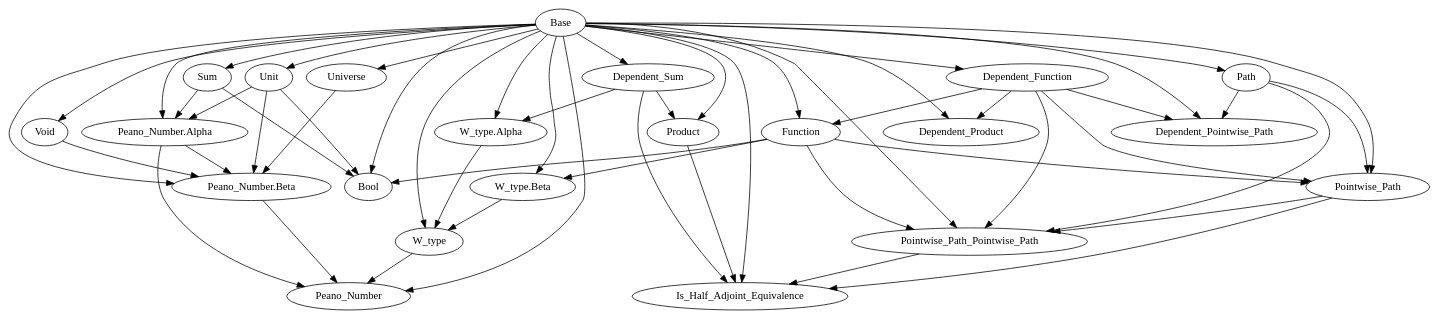
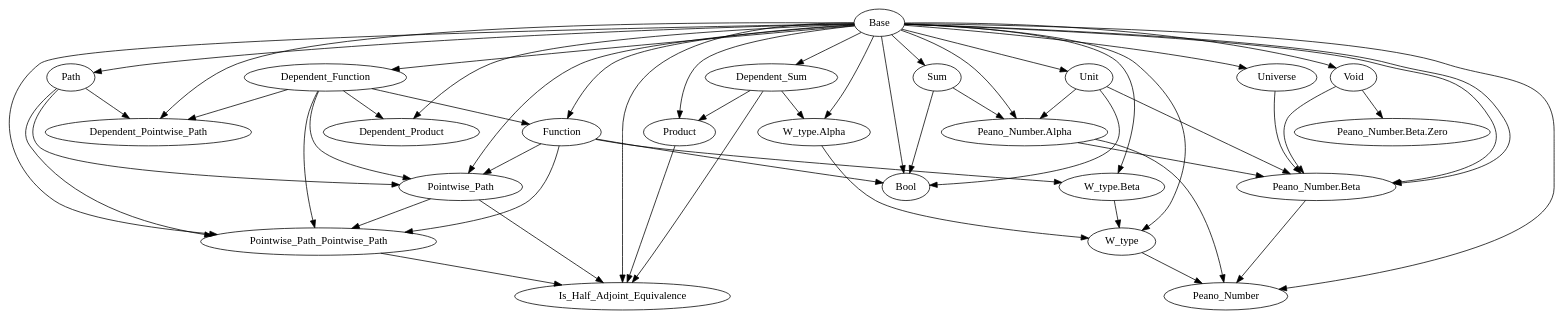
Before and after one commit to Hexirp/googology-in-coq: the diagram in libraries/dependencies.gv, drawn with Graphviz. The commit also changed 3 other files, not shown here.

Commit message:
Add: Peano_Number.Beta.Zero を

```diff
--- a/libraries/dependencies.gv
+++ b/libraries/dependencies.gv
@@ -1,77 +1,80 @@
 digraph Dependencies {
   # Base
   # Dependent_Function
   "Base" -> "Dependent_Function";
   # Function
   "Base" -> "Function";
   "Dependent_Function" -> "Function";
   # Dependent_Product
   "Base" -> "Dependent_Product";
   "Dependent_Function" -> "Dependent_Product";
   # Dependent_Sum
   "Base" -> "Dependent_Sum";
   # Product
   "Base" -> "Product";
   "Dependent_Sum" -> "Product";
   # Sum
   "Base" -> "Sum";
   # Unit
   "Base" -> "Unit";
   # Void
   "Base" -> "Void";
   # W_type.Alpha
   "Base" -> "W_type.Alpha";
   "Dependent_Sum" -> "W_type.Alpha";
   # W_type.Beta
   "Base" -> "W_type.Beta";
   "Function" -> "W_type.Beta";
   # W_type
   "Base" -> "W_type";
   "W_type.Alpha" -> "W_type";
   "W_type.Beta" -> "W_type";
   # Universe
   "Base" -> "Universe";
   # Path
   "Base" -> "Path";
   # Dependent_Pointwise_Path
   "Base" -> "Dependent_Pointwise_Path";
   "Dependent_Function" -> "Dependent_Pointwise_Path";
   "Path" -> "Dependent_Pointwise_Path";
   # Pointwise_Path
   "Base" -> "Pointwise_Path";
   "Dependent_Function" -> "Pointwise_Path";
   "Function" -> "Pointwise_Path";
   "Path" -> "Pointwise_Path";
   # Pointwise_Path_Pointwise_Path
   "Base" -> "Pointwise_Path_Pointwise_Path";
   "Dependent_Function" -> "Pointwise_Path_Pointwise_Path";
   "Function" -> "Pointwise_Path_Pointwise_Path";
   "Path" -> "Pointwise_Path_Pointwise_Path";
   "Pointwise_Path" -> "Pointwise_Path_Pointwise_Path";
   # Is_Half_Adjoint_Equivalence
   "Base" -> "Is_Half_Adjoint_Equivalence";
   "Dependent_Sum" -> "Is_Half_Adjoint_Equivalence";
   "Product" -> "Is_Half_Adjoint_Equivalence";
   "Pointwise_Path" -> "Is_Half_Adjoint_Equivalence";
   "Pointwise_Path_Pointwise_Path" -> "Is_Half_Adjoint_Equivalence";
   # Bool
   "Base" -> "Bool";
   "Function" -> "Bool";
   "Sum" -> "Bool";
   "Unit" -> "Bool";
   # Peano_Number.Alpha
   "Base" -> "Peano_Number.Alpha";
   "Sum" -> "Peano_Number.Alpha";
   "Unit" -> "Peano_Number.Alpha";
+  # Peano_Number.Beta.Zero
+  "Base" -> "Peano_Number.Beta";
+  "Void" -> "Peano_Number.Beta.Zero";
   # Peano_Number.Beta
   "Base" -> "Peano_Number.Beta";
   "Void" -> "Peano_Number.Beta";
   "Unit" -> "Peano_Number.Beta";
   "Universe" -> "Peano_Number.Beta";
   "Peano_Number.Alpha" -> "Peano_Number.Beta";
   # Peano_Number
   "Base" -> "Peano_Number";
   "W_type" -> "Peano_Number";
   "Peano_Number.Alpha" -> "Peano_Number";
   "Peano_Number.Beta" -> "Peano_Number";
 }
```
